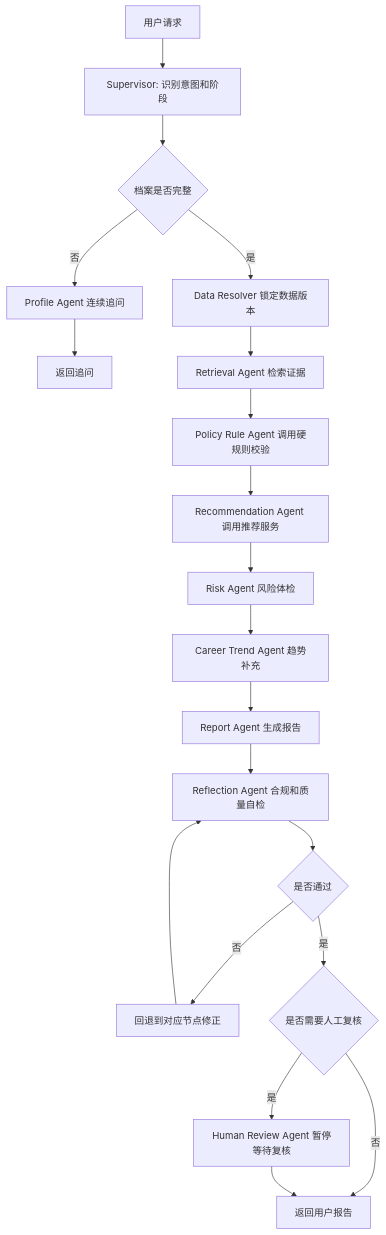
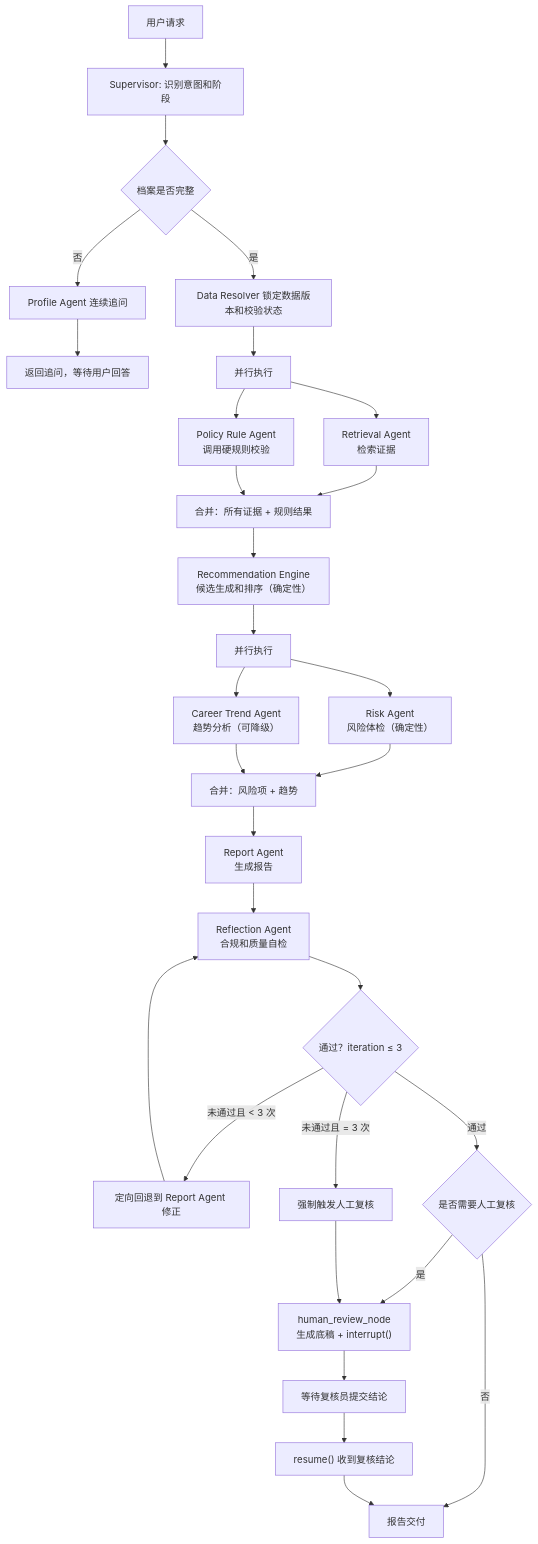
One commit to debugzhao/jin-guide changed the fourth of 4 diagrams in docs/backend-prd.md. Above: the diagram before and after it, drawn with Mermaid. The commit also changed other lines of this file and 3 other files, not shown here.

````diff
--- a/docs/backend-prd.md
+++ b/docs/backend-prd.md
@@ -363,22 +552,32 @@
 ```mermaid
 flowchart TD
-  START["用户请求"] --> INTENT["Supervisor: 识别意图和阶段"]
-  INTENT --> PROFILE{"档案是否完整"}
-  PROFILE -- "否" --> PROFILE_AGENT["Profile Agent 连续追问"]
-  PROFILE_AGENT --> END1["返回追问"]
-  PROFILE -- "是" --> DATA["Data Resolver 锁定数据版本"]
-  DATA --> RETRIEVE["Retrieval Agent 检索证据"]
-  RETRIEVE --> RULE["Policy Rule Agent 调用硬规则校验"]
-  RULE --> REC["Recommendation Agent 调用推荐服务"]
-  REC --> RISK["Risk Agent 风险体检"]
-  RISK --> TREND["Career Trend Agent 趋势补充"]
-  TREND --> REPORT["Report Agent 生成报告"]
-  REPORT --> REFLECT["Reflection Agent 合规和质量自检"]
-  REFLECT --> PASS{"是否通过"}
-  PASS -- "否" --> FIX["回退到对应节点修正"]
+  START["用户请求"] --> SUPERVISOR["Supervisor: 识别意图和阶段"]
+  SUPERVISOR --> PROFILE_CHECK{"档案是否完整"}
+  PROFILE_CHECK -- "否" --> PROFILE_AGENT["Profile Agent 连续追问"]
+  PROFILE_AGENT --> RETURN_Q["返回追问，等待用户回答"]
+  PROFILE_CHECK -- "是" --> DATA_RESOLVER["Data Resolver 锁定数据版本和校验状态"]
+  DATA_RESOLVER --> PARALLEL1["并行执行"]
+  PARALLEL1 --> RETRIEVAL["Retrieval Agent<br/>检索证据"]
+  PARALLEL1 --> RULE["Policy Rule Agent<br/>调用硬规则校验"]
+  RETRIEVAL --> MERGE1["合并：所有证据 + 规则结果"]
+  RULE --> MERGE1
+  MERGE1 --> REC["Recommendation Engine<br/>候选生成和排序（确定性）"]
+  REC --> PARALLEL2["并行执行"]
+  PARALLEL2 --> RISK["Risk Agent<br/>风险体检（确定性）"]
+  PARALLEL2 --> TREND["Career Trend Agent<br/>趋势分析（可降级）"]
+  RISK --> MERGE2["合并：风险项 + 趋势"]
+  TREND --> MERGE2
+  MERGE2 --> REPORT["Report Agent<br/>生成报告"]
+  REPORT --> REFLECT["Reflection Agent<br/>合规和质量自检"]
+  REFLECT --> PASS{"通过？iteration ≤ 3"}
+  PASS -- "未通过且 < 3 次" --> FIX["定向回退到 Report Agent 修正"]
   FIX --> REFLECT
-  PASS -- "是" --> NEED_HUMAN{"是否需要人工复核"}
-  NEED_HUMAN -- "是" --> HUMAN["Human Review Agent 暂停等待复核"]
-  NEED_HUMAN -- "否" --> END2["返回用户报告"]
-  HUMAN --> END2
+  PASS -- "未通过且 = 3 次" --> FORCE_REVIEW["强制触发人工复核"]
+  PASS -- "通过" --> NEED_HUMAN{"是否需要人工复核"}
+  NEED_HUMAN -- "是" --> HUMAN_NODE["human_review_node<br/>生成底稿 + interrupt()"]
+  NEED_HUMAN -- "否" --> DELIVER["报告交付"]
+  FORCE_REVIEW --> HUMAN_NODE
+  HUMAN_NODE --> WAIT["等待复核员提交结论"]
+  WAIT --> RESUME["resume() 收到复核结论"]
+  RESUME --> DELIVER
 ```
````
